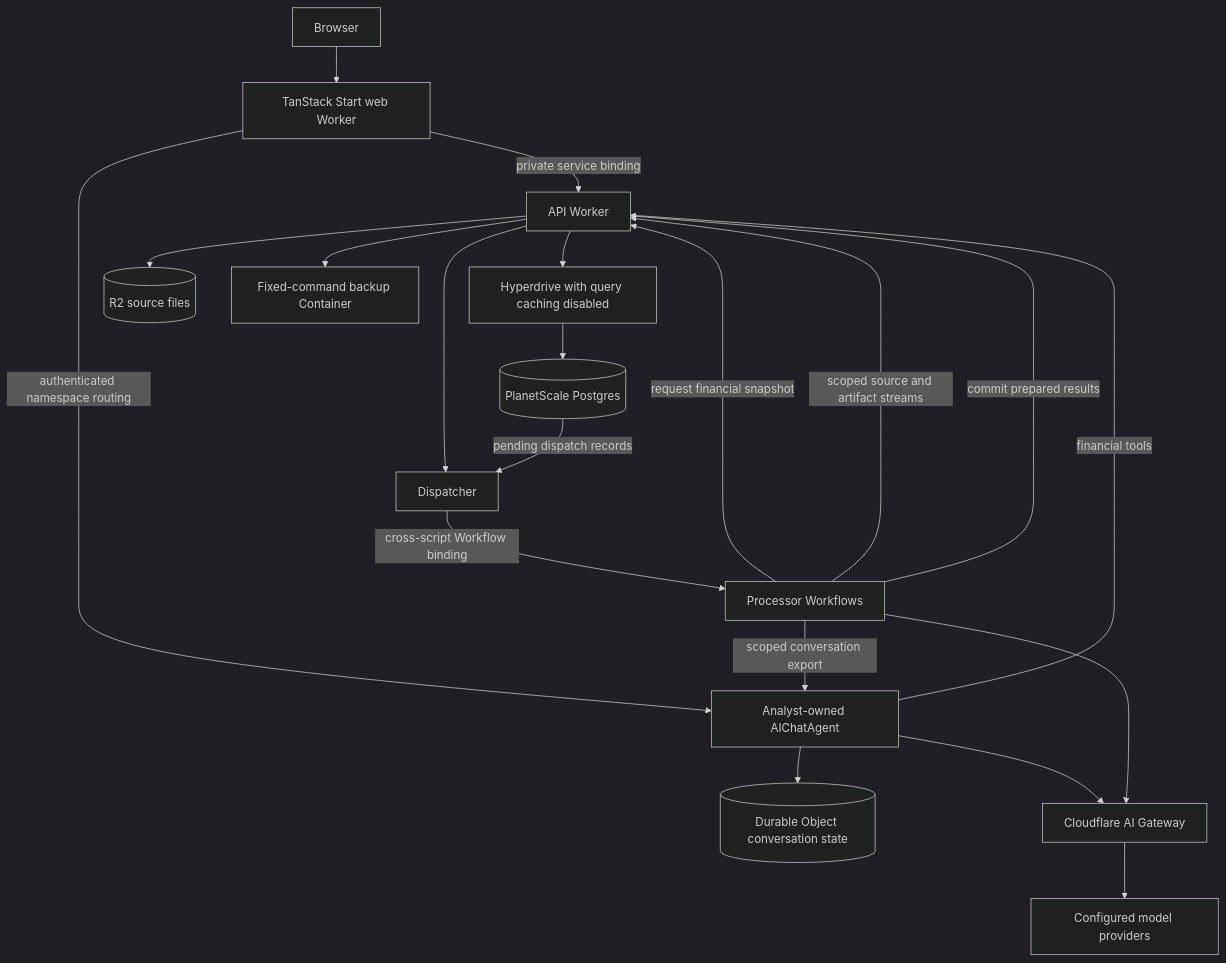
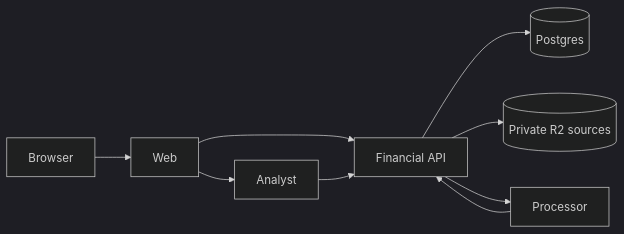
The diagram in docs/technical/architecture.mdx (AdiRishi/ironcage), drawn with Mermaid (dark theme) before and after one commit. The commit also changed other lines of this file and 36 other files, not shown here.

````diff
--- a/docs/technical/architecture.mdx
+++ b/docs/technical/architecture.mdx
@@ -20,22 +17,11 @@
 ```mermaid
-flowchart TD
-    User[Browser] --> Web[TanStack Start web Worker]
-    Web -->|private service binding| API[API Worker]
-    Web -->|authenticated namespace routing| Analyst[Analyst-owned AIChatAgent]
-    API --> Hyperdrive[Hyperdrive with query caching disabled]
-    Hyperdrive --> DB[(PlanetScale Postgres)]
-    API --> Sources[(R2 source files)]
-    API --> Dispatcher[Dispatcher]
-    DB -->|pending dispatch records| Dispatcher
-    Dispatcher -->|cross-script Workflow binding| Jobs[Processor Workflows]
-    Jobs -->|request financial snapshot| API
-    Jobs -->|scoped source and artifact streams| API
-    Jobs -->|commit prepared results| API
-    Analyst -->|financial tools| API
-    Analyst --> Conversations[(Durable Object conversation state)]
-    Analyst --> Gateway[Cloudflare AI Gateway]
-    Jobs -->|scoped conversation export| Analyst
-    API --> Maintenance[Fixed-command backup Container]
-    Jobs --> Gateway
-    Gateway --> Models[Configured model providers]
+flowchart LR
+    Browser --> Web
+    Web --> API[Financial API]
+    Web --> Analyst
+    API --> DB[(Postgres)]
+    API --> Sources[(Private R2 sources)]
+    API --> Processor
+    Processor --> API
+    Analyst --> API
 ```
````
